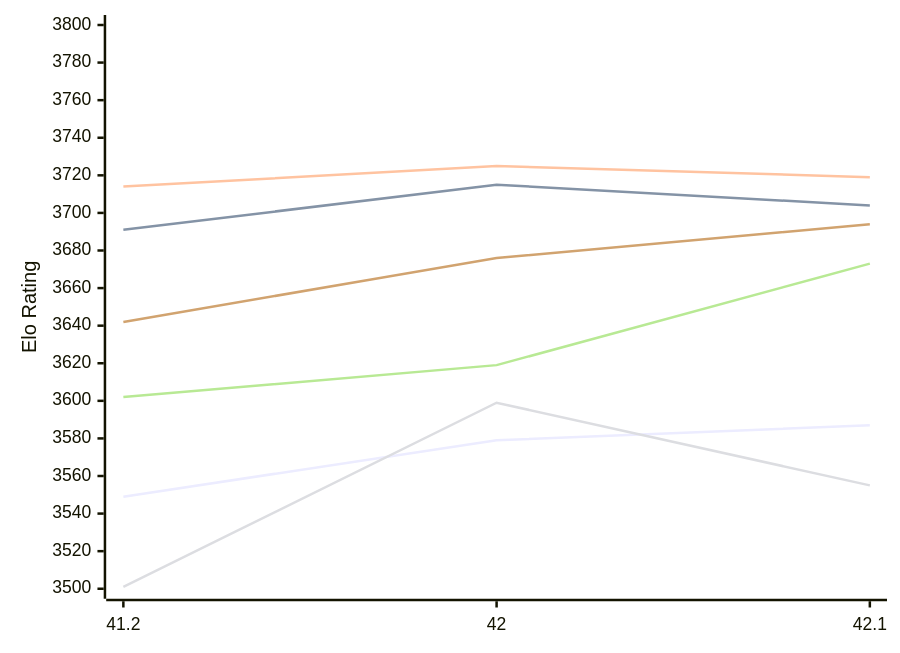
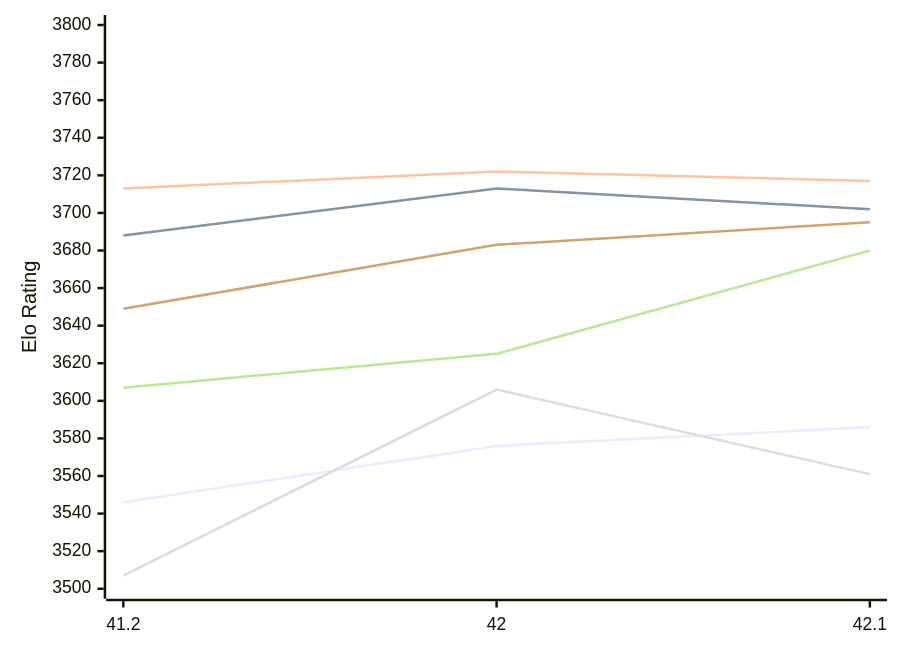
One commit to computer-chess-index/cci changed the first of 2 diagrams in engines/Shashchess.md. Above: the diagram before and after it, drawn with Mermaid. The commit also changed other lines of this file, not shown here.

Commit message:
Update CCI Ratings (ELO VLTC) - 2026-11-23

````diff
--- a/engines/Shashchess.md
+++ b/engines/Shashchess.md
@@ -52,12 +52,12 @@
 ```mermaid
 %%{init: {"theme":"base","themeVariables":{"seriesColors:['#a3a3a3','#222221','#faa371']}}}%%
 xychart-beta
   x-axis ["41.2", "42", "42.1"]
   y-axis "Elo Rating" 3500 --> 3800
-  line "E1: STC (8.0+0.08s)" [3549, 3579, 3587]
-  line "E1: LTC (60.0+0.60s)" [3691, 3715, 3704]
-  line "E1: VLTC (2m24s+1.12s)" [3714, 3725, 3719]
-  line "P1: STC (8.0+0.08s)" [3501, 3599, 3555]
-  line "P1: LTC (60.0+0.60s)" [3602, 3619, 3673]
-  line "P1: VLTC (2m24s+1.12s)" [3642, 3676, 3694]
+  line "E1: STC (8.0+0.08s)" [3546, 3576, 3586]
+  line "E1: LTC (60.0+0.60s)" [3688, 3713, 3702]
+  line "E1: VLTC (2m24s+1.12s)" [3713, 3722, 3717]
+  line "P1: STC (8.0+0.08s)" [3507, 3606, 3561]
+  line "P1: LTC (60.0+0.60s)" [3607, 3625, 3680]
+  line "P1: VLTC (2m24s+1.12s)" [3649, 3683, 3695]
 ```
````
